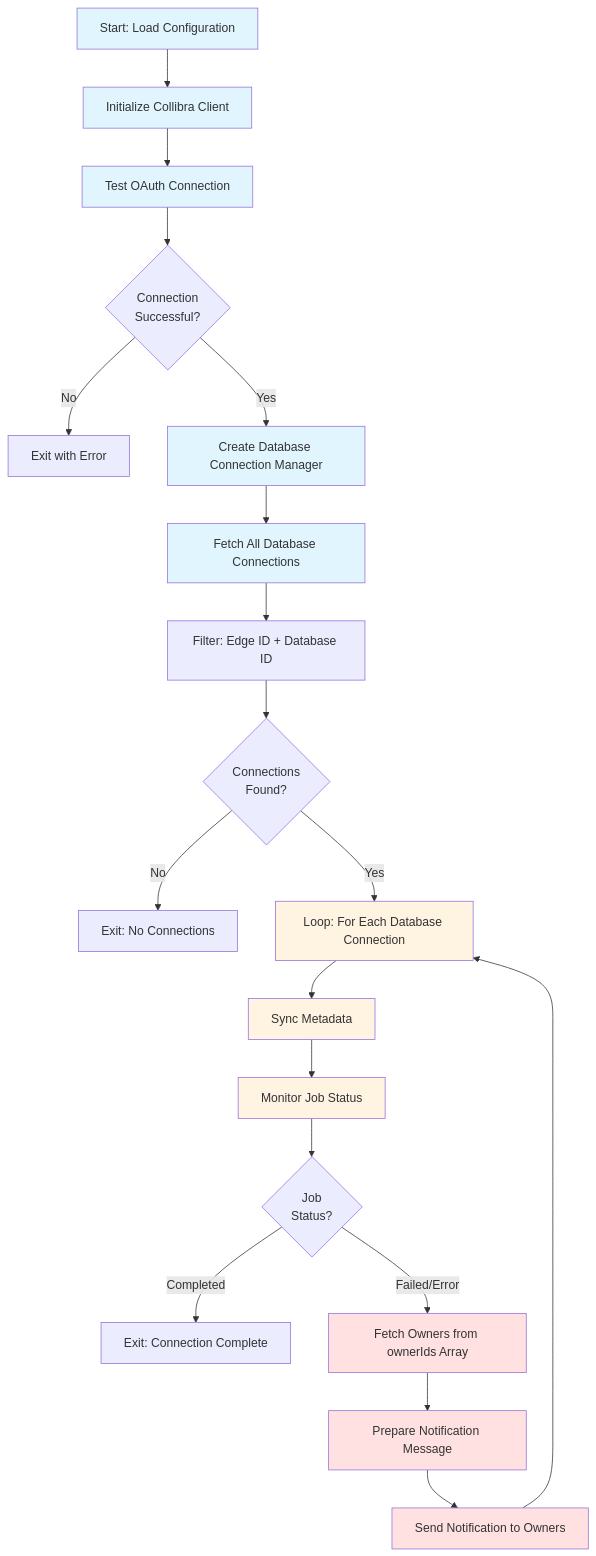
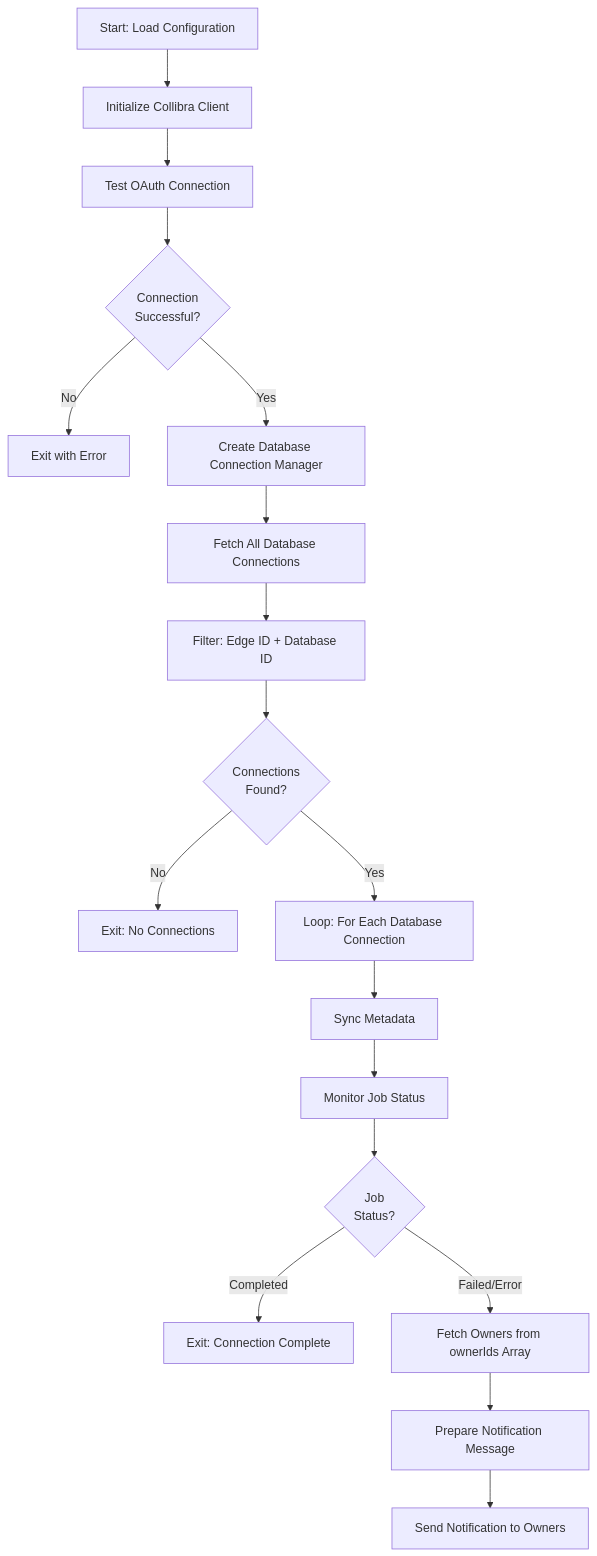
The diagram in Test Connections - Database - Collibra/README.md (arnauudG/Collibra-Repository---Automations), drawn with Mermaid before and after one commit.

````diff
--- a/Test Connections - Database - Collibra/README.md
+++ b/Test Connections - Database - Collibra/README.md
@@ -49,34 +49,21 @@
 ```mermaid
 flowchart TD
     A[Start: Load Configuration] --> B[Initialize Collibra Client]
     B --> C[Test OAuth Connection]
     C --> D{Connection<br/>Successful?}
     D -->|No| E[Exit with Error]
     D -->|Yes| F[Create Database Connection Manager]
     F --> G[Fetch All Database Connections]
     G --> H[Filter: Edge ID + Database ID]
     H --> I{Connections<br/>Found?}
     I -->|No| J[Exit: No Connections]
     I -->|Yes| K[Loop: For Each Database Connection]
     
     K --> L[Sync Metadata]
     L --> M[Monitor Job Status]
     M --> N{Job<br/>Status?}
     N -->|Completed| O[Exit: Connection Complete]
     N -->|Failed/Error| P[Fetch Owners from ownerIds Array]
     P --> Q[Prepare Notification Message]
     Q --> R[Send Notification to Owners]
-    R --> K
-    
-    style A fill:#e1f5ff
-    style B fill:#e1f5ff
-    style C fill:#e1f5ff
-    style F fill:#e1f5ff
-    style G fill:#e1f5ff
-    style K fill:#fff4e1
-    style L fill:#fff4e1
-    style M fill:#fff4e1
-    style P fill:#ffe1e1
-    style Q fill:#ffe1e1
-    style R fill:#ffe1e1
 ```
````
